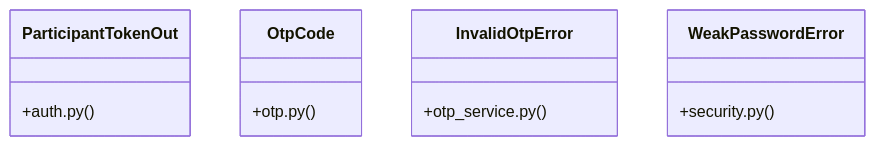
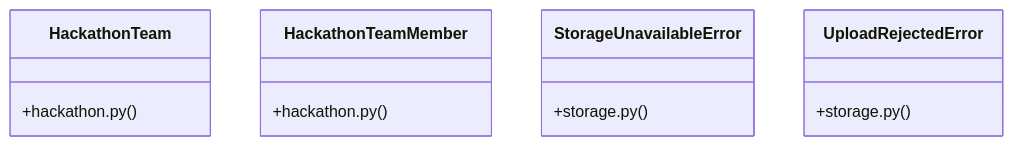
The diagram in graphify-out/wiki/[verify_stripe_signature()_&_payment_webhook()]_Cluster.md (adjanayo/synca_conf_back), drawn with Mermaid before and after one commit. The commit also changed other lines of this file and 81 other files, not shown here.

Commit message:
chore: rafraîchir le graphe de code (graphify)

````diff
--- a/graphify-out/wiki/[verify_stripe_signature()_&_payment_webhook()]_Cluster.md
+++ b/graphify-out/wiki/[verify_stripe_signature()_&_payment_webhook()]_Cluster.md
@@ -36,15 +36,15 @@
 ```mermaid
 classDiagram
-    class ParticipantTokenOut {
-        +auth.py()
+    class HackathonTeam {
+        +hackathon.py()
     }
-    class OtpCode {
-        +otp.py()
+    class HackathonTeamMember {
+        +hackathon.py()
     }
-    class InvalidOtpError {
-        +otp_service.py()
+    class StorageUnavailableError {
+        +storage.py()
     }
-    class WeakPasswordError {
-        +security.py()
+    class UploadRejectedError {
+        +storage.py()
     }
 ```
````
